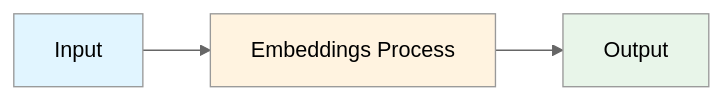
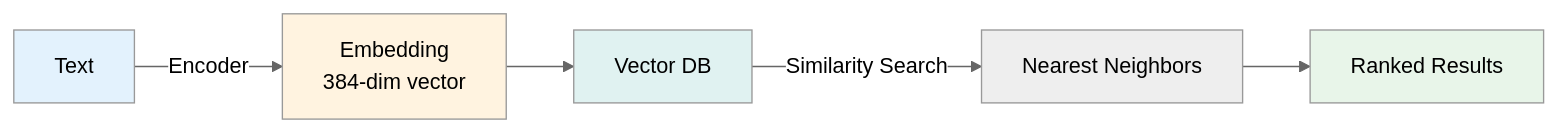
The first of 2 diagrams in llm/concepts/embeddings.md (souradeepta/interviewprep-ai), drawn with Mermaid (neutral theme) before and after one commit. The commit also changed other lines of this file and 10 other files, not shown here.

First line of the commit message:
feat: add enhancement script and upgrade 8 key concepts with real Q&A, Mermaid diagrams, real-world examples

````diff
--- a/llm/concepts/embeddings.md
+++ b/llm/concepts/embeddings.md
@@ -38,9 +38,12 @@
 ```mermaid
 graph LR
-    A["Input"] --> B["Embeddings Process"]
-    B --> C["Output"]
+    A["Text"] -->|Encoder| B["Embedding<br/>384-dim vector"]
+    B --> C["Vector DB"]
+    C -->|Similarity Search| D["Nearest Neighbors"]
+    D --> E["Ranked Results"]
 
-    style A fill:#e1f5ff
+    style A fill:#e3f2fd
     style B fill:#fff3e0
-    style C fill:#e8f5e9
+    style C fill:#e0f2f1
+    style E fill:#e8f5e9
 ```
````
